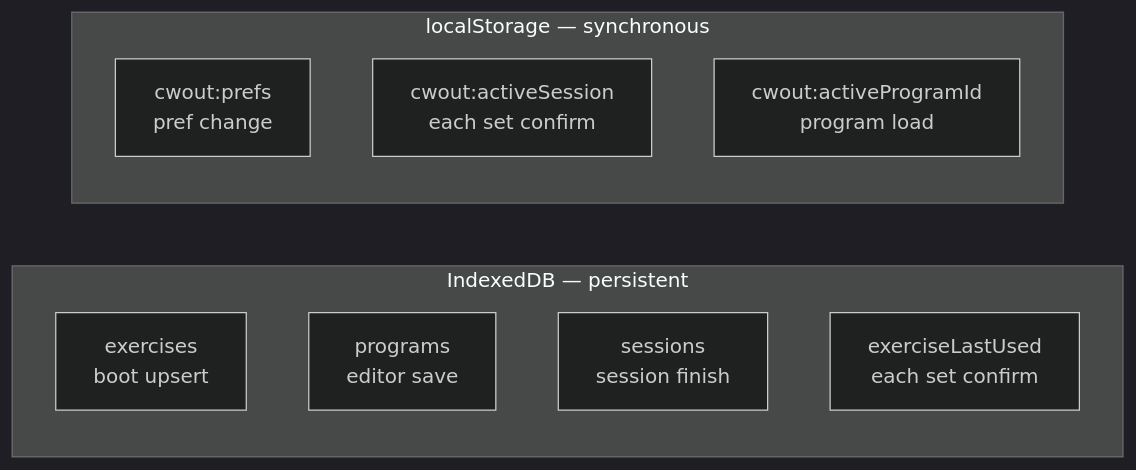
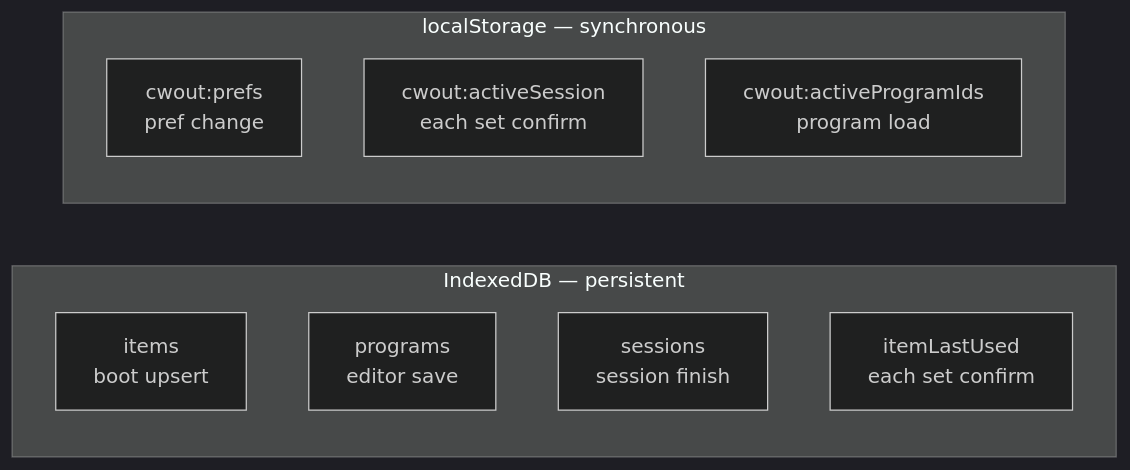
Before and after one commit to jermbo/CosmicWorkOut: the first of 2 diagrams in docs/architecture/offline-strategy.md, drawn with Mermaid (dark theme). The commit also changed other lines of this file and 115 other files, not shown here.

````diff
--- a/docs/architecture/offline-strategy.md
+++ b/docs/architecture/offline-strategy.md
@@ -17,15 +17,15 @@
 ```mermaid
 flowchart LR
     subgraph idb ["IndexedDB — persistent"]
-        E[exercises<br/>boot upsert]
+        E[items<br/>boot upsert]
         P[programs<br/>editor save]
         S[sessions<br/>session finish]
-        ELU[exerciseLastUsed<br/>each set confirm]
+        ELU[itemLastUsed<br/>each set confirm]
     end
 
     subgraph ls ["localStorage — synchronous"]
         PREFS[cwout:prefs<br/>pref change]
         ACTIVE[cwout:activeSession<br/>each set confirm]
-        PROGID[cwout:activeProgramId<br/>program load]
+        PROGID[cwout:activeProgramIds<br/>program load]
     end
 ```
````
